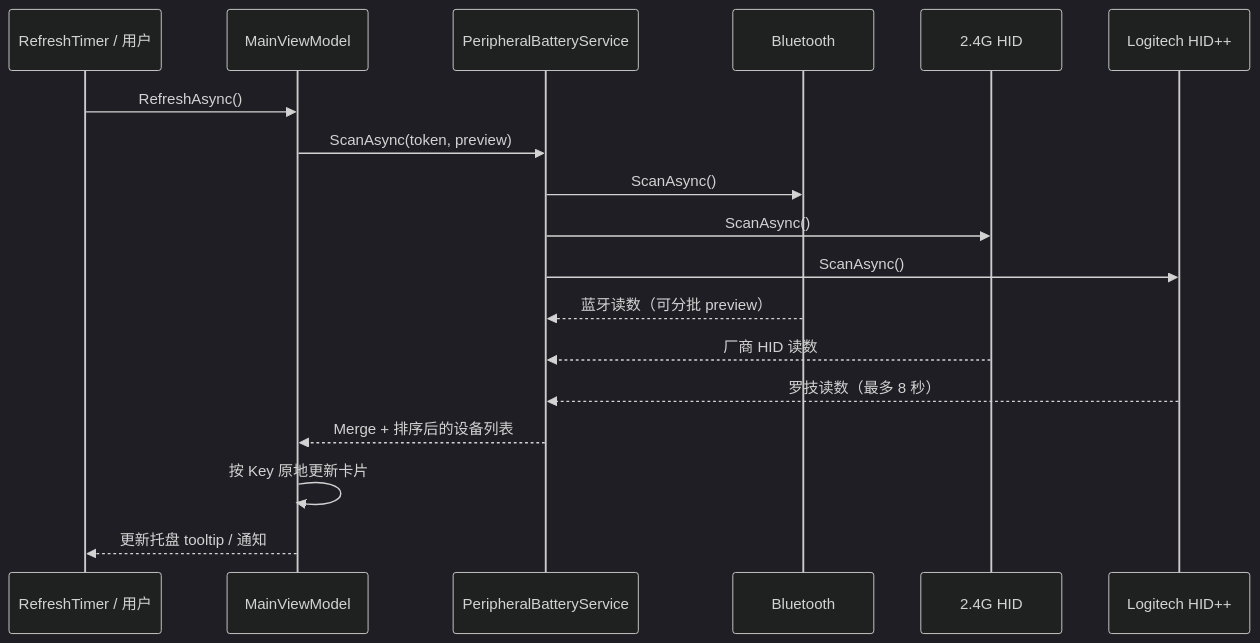
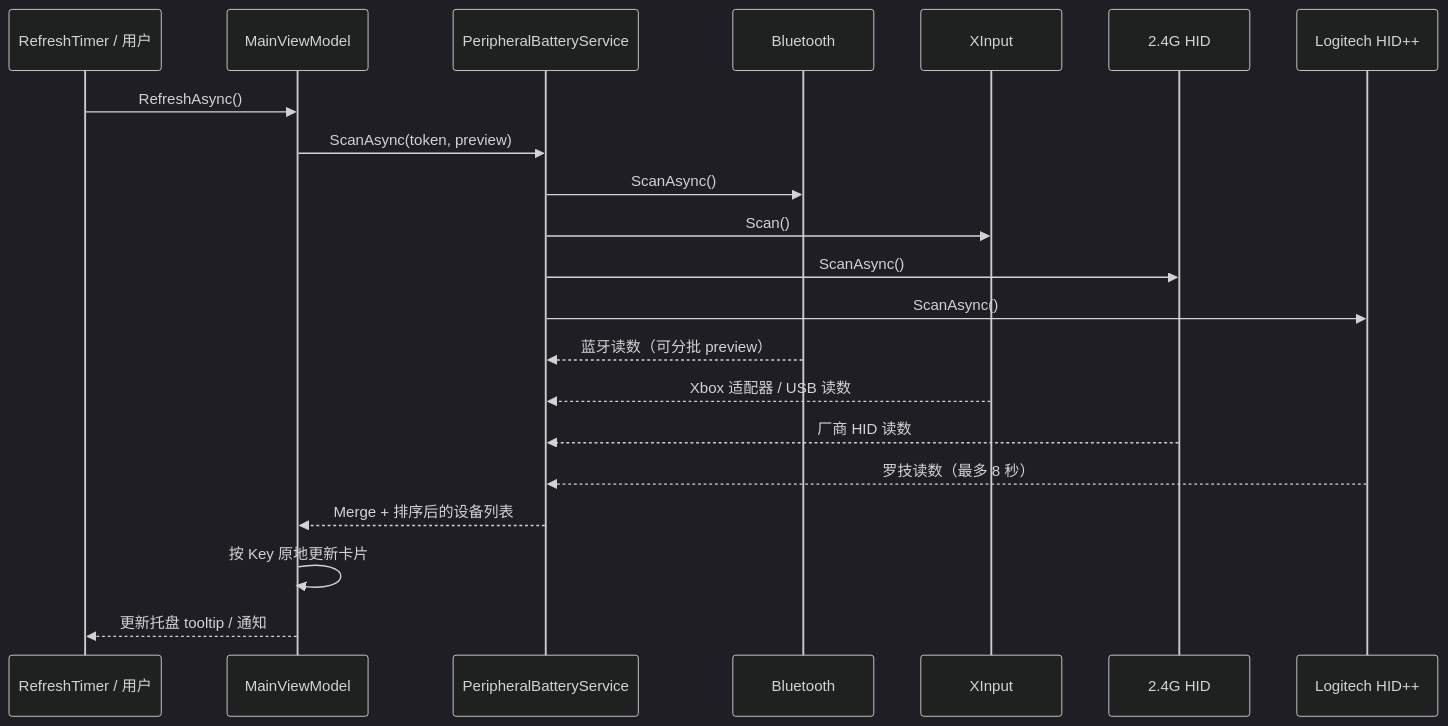
One commit to 703488625/battery-dock changed the second of 2 diagrams in docs/ARCHITECTURE.md. Above: the diagram before and after it, drawn with Mermaid (dark theme). The commit also changed other lines of this file and 18 other files, not shown here.

````diff
--- a/docs/ARCHITECTURE.md
+++ b/docs/ARCHITECTURE.md
@@ -50,21 +52,24 @@
 ```mermaid
 sequenceDiagram
     participant T as RefreshTimer / 用户
     participant V as MainViewModel
     participant P as PeripheralBatteryService
     participant B as Bluetooth
+    participant X as XInput
     participant W as 2.4G HID
     participant L as Logitech HID++
 
     T->>V: RefreshAsync()
     V->>P: ScanAsync(token, preview)
     P->>B: ScanAsync()
+    P->>X: Scan()
     P->>W: ScanAsync()
     P->>L: ScanAsync()
     B-->>P: 蓝牙读数（可分批 preview）
+    X-->>P: Xbox 适配器 / USB 读数
     W-->>P: 厂商 HID 读数
     L-->>P: 罗技读数（最多 8 秒）
     P-->>V: Merge + 排序后的设备列表
     V->>V: 按 Key 原地更新卡片
     V-->>T: 更新托盘 tooltip / 通知
 ```
````
